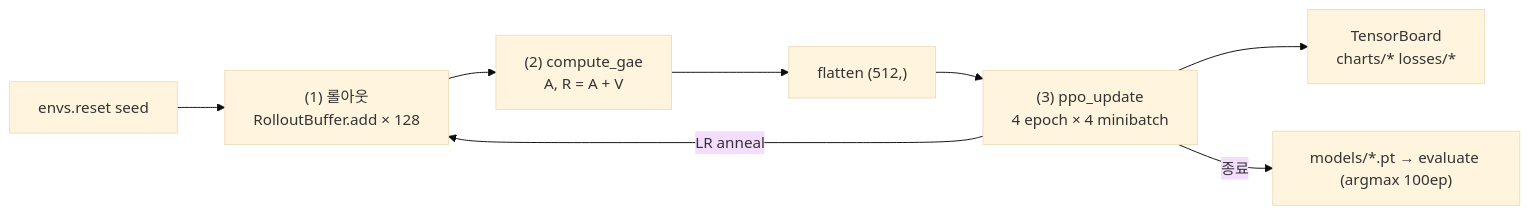
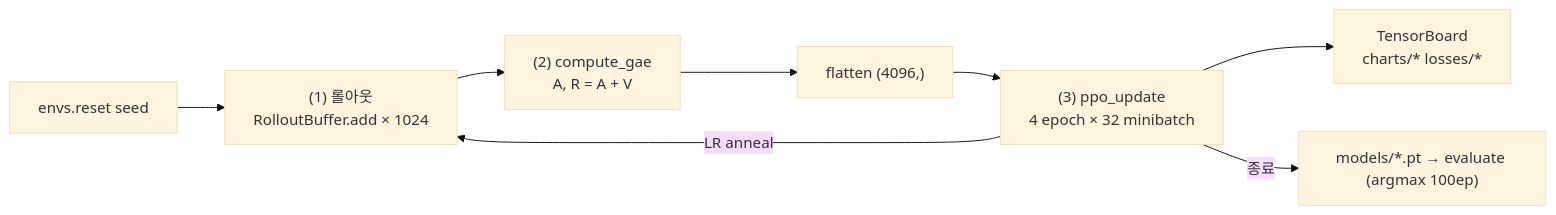
Before and after one commit to hal2001-dev/ppo-launcher: the diagram in project-wiki/wiki/architecture/code-map.md, drawn with Mermaid (base theme). The commit also changed 5 other files, not shown here.

````diff
--- a/project-wiki/wiki/architecture/code-map.md
+++ b/project-wiki/wiki/architecture/code-map.md
@@ -10,10 +10,10 @@
 ```mermaid
 flowchart LR
-  A[envs.reset seed] --> B["(1) 롤아웃<br/>RolloutBuffer.add × 128"]
+  A[envs.reset seed] --> B["(1) 롤아웃<br/>RolloutBuffer.add × 1024"]
   B --> C["(2) compute_gae<br/>A, R = A + V"]
-  C --> D["flatten (512,)"]
-  D --> E["(3) ppo_update<br/>4 epoch × 4 minibatch"]
+  C --> D["flatten (4096,)"]
+  D --> E["(3) ppo_update<br/>4 epoch × 32 minibatch"]
   E -->|LR anneal| B
   E --> F[TensorBoard<br/>charts/* losses/*]
   E -->|종료| G["models/*.pt → evaluate (argmax 100ep)"]
 ```
````
